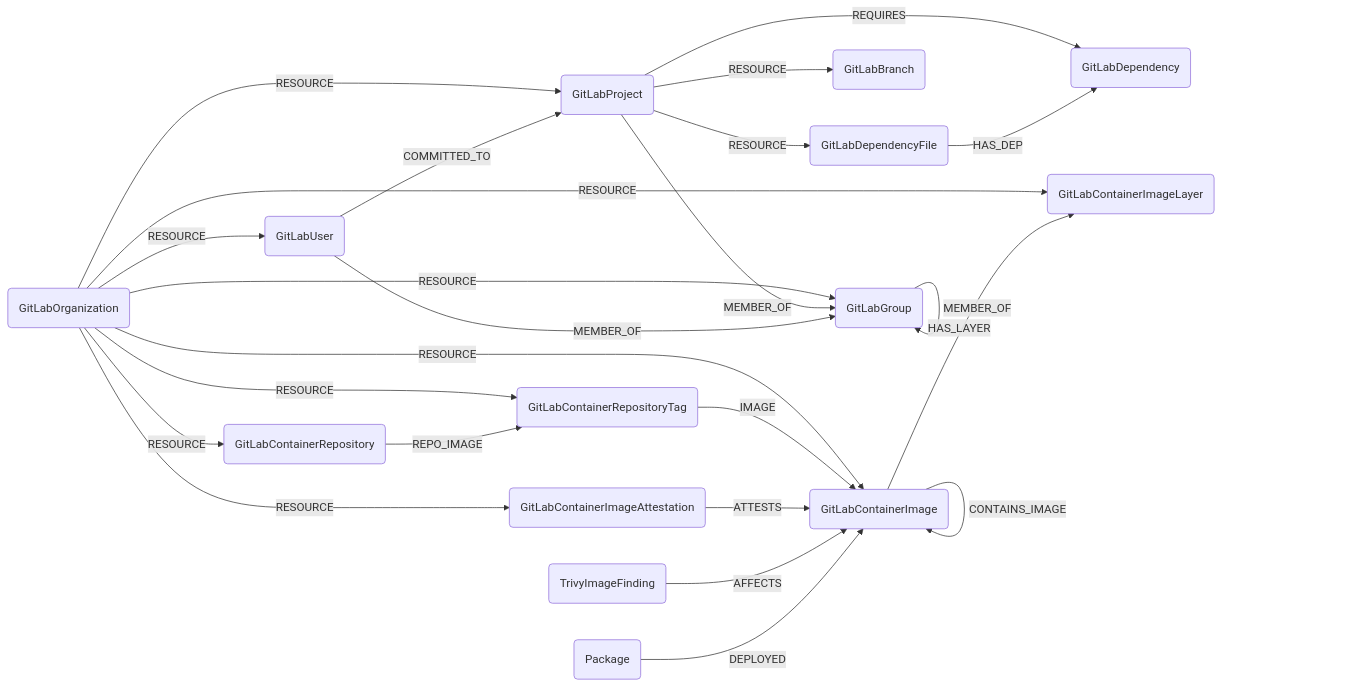
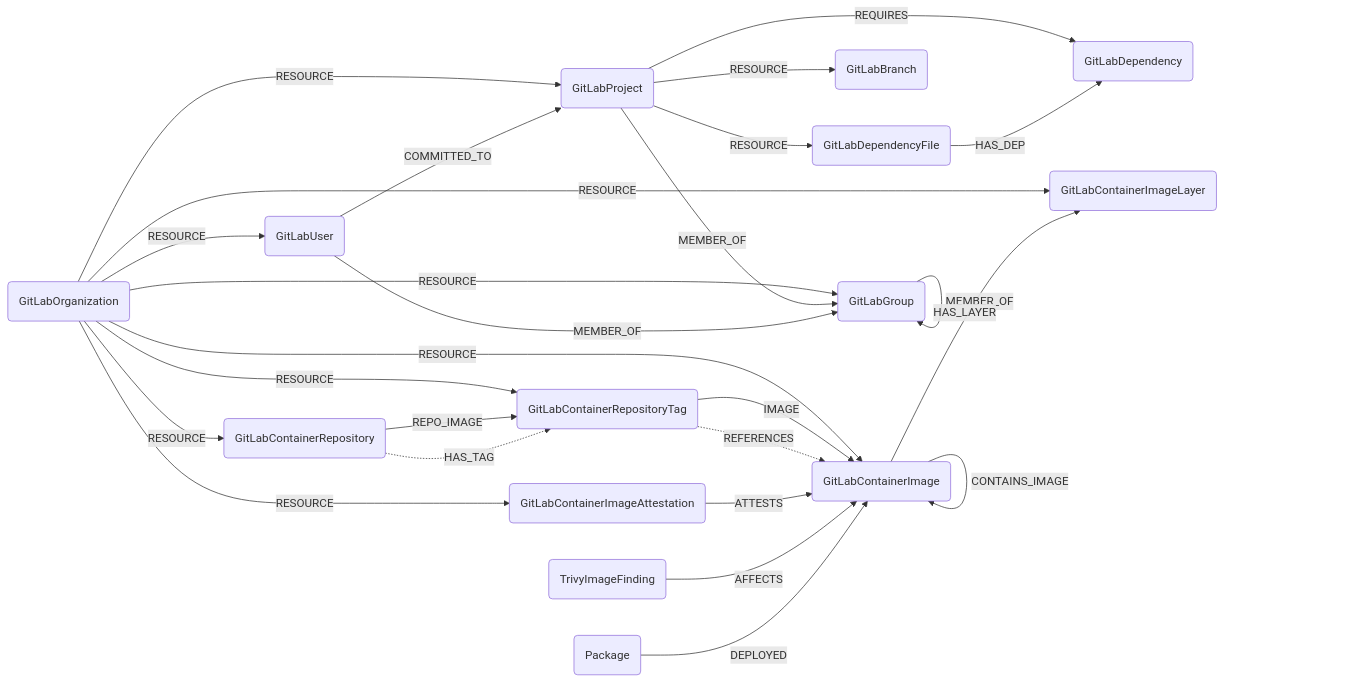
Before and after one commit to cartography-cncf/cartography: the diagram in docs/root/modules/gitlab/schema.md, drawn with Mermaid. The commit also changed other lines of this file and 7 other files, not shown here.

````diff
--- a/docs/root/modules/gitlab/schema.md
+++ b/docs/root/modules/gitlab/schema.md
@@ -3,31 +3,33 @@
 ```mermaid
 graph LR
 
 O(GitLabOrganization) -- RESOURCE --> G(GitLabGroup)
 O -- RESOURCE --> P(GitLabProject)
 O -- RESOURCE --> U(GitLabUser)
 G -- MEMBER_OF --> G
 P -- MEMBER_OF --> G
 U -- MEMBER_OF --> G
 U -- COMMITTED_TO --> P
 P -- RESOURCE --> B(GitLabBranch)
 P -- RESOURCE --> DF(GitLabDependencyFile)
 P -- REQUIRES --> D(GitLabDependency)
 DF -- HAS_DEP --> D
 
 %% Container Registry
 O -- RESOURCE --> CR(GitLabContainerRepository)
 O -- RESOURCE --> CI(GitLabContainerImage)
 O -- RESOURCE --> CIL(GitLabContainerImageLayer)
 O -- RESOURCE --> CT(GitLabContainerRepositoryTag)
 O -- RESOURCE --> CA(GitLabContainerImageAttestation)
 CR -- REPO_IMAGE --> CT
+CR -. HAS_TAG .-> CT
 CT -- IMAGE --> CI
+CT -. REFERENCES .-> CI
 CI -- CONTAINS_IMAGE --> CI
 CI -- HAS_LAYER --> CIL
 CA -- ATTESTS --> CI
 
 %% Trivy Vulnerability Scanning
 TIF(TrivyImageFinding) -- AFFECTS --> CI
 PKG(Package) -- DEPLOYED --> CI
 ```
````
